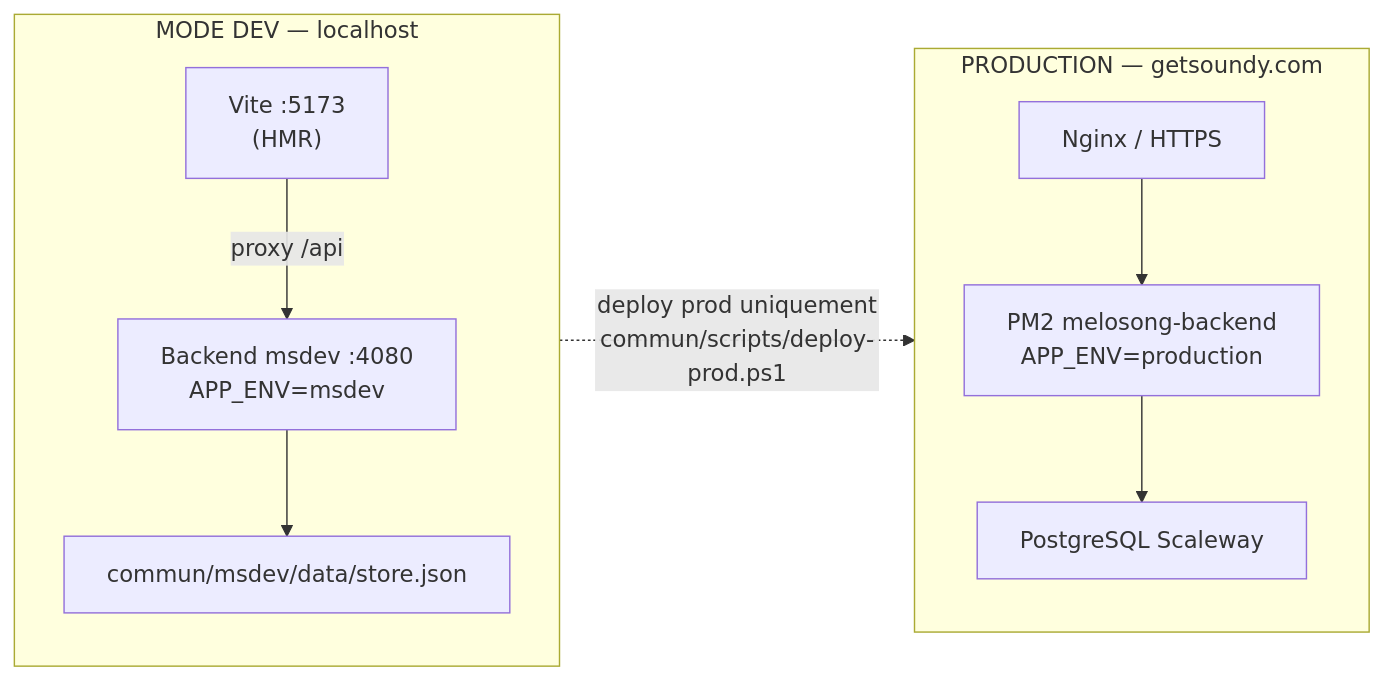
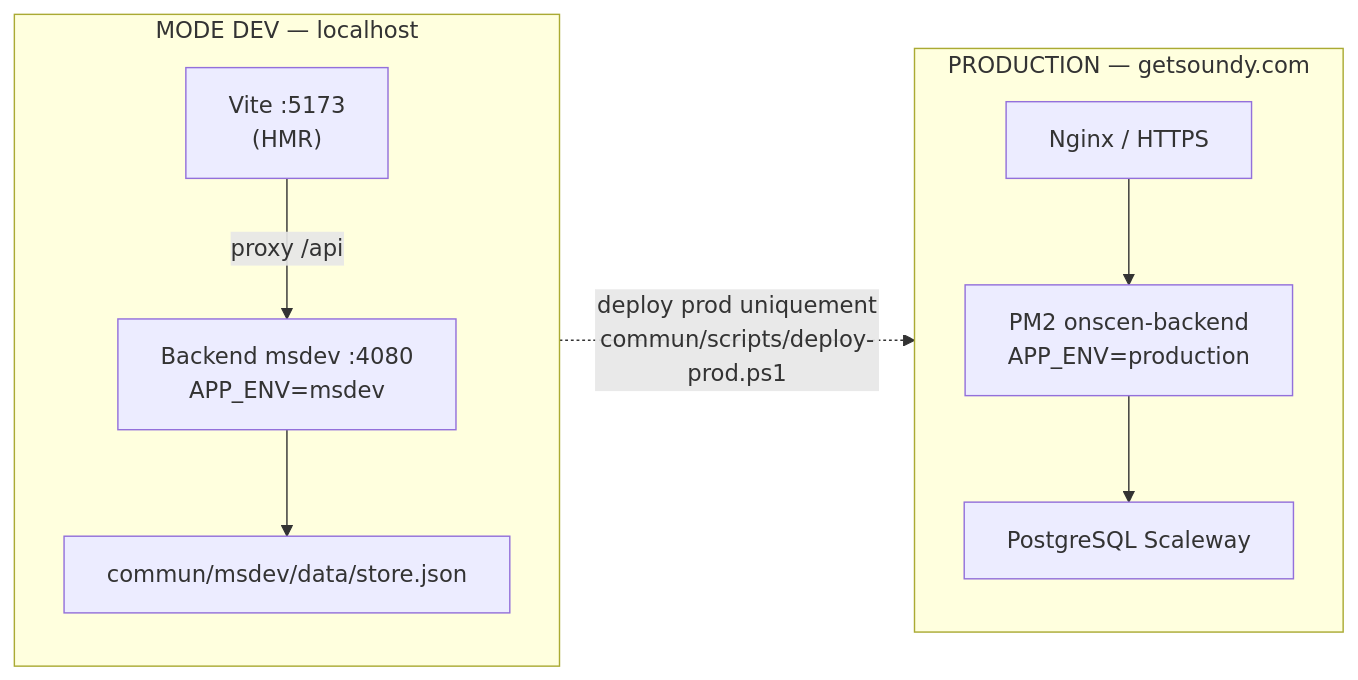
The diagram in commun/docs/DEV-WORKFLOW.md (valentingoulven-creator/OnScen), drawn with Mermaid before and after one commit. The commit also changed 654 other files, not shown here.

````diff
--- a/commun/docs/DEV-WORKFLOW.md
+++ b/commun/docs/DEV-WORKFLOW.md
@@ -17,39 +17,39 @@
 ```mermaid
 
 flowchart LR
 
   subgraph DEV["MODE DEV — localhost"]
 
     Vite["Vite :5173\n(HMR)"]
 
     API["Backend msdev :4080\nAPP_ENV=msdev"]
 
     Data["commun/msdev/data/store.json"]
 
     Vite -->|proxy /api| API
 
     API --> Data
 
   end
 
 
 
   subgraph PROD["PRODUCTION — getsoundy.com"]
 
     Nginx["Nginx / HTTPS"]
 
-    PM2["PM2 melosong-backend\nAPP_ENV=production"]
+    PM2["PM2 onscen-backend\nAPP_ENV=production"]
 
     PG["PostgreSQL Scaleway"]
 
     Nginx --> PM2
 
     PM2 --> PG
 
   end
 
 
 
   DEV -.->|"deploy prod uniquement\ncommun/scripts/deploy-prod.ps1"| PROD
 
 ```
````
